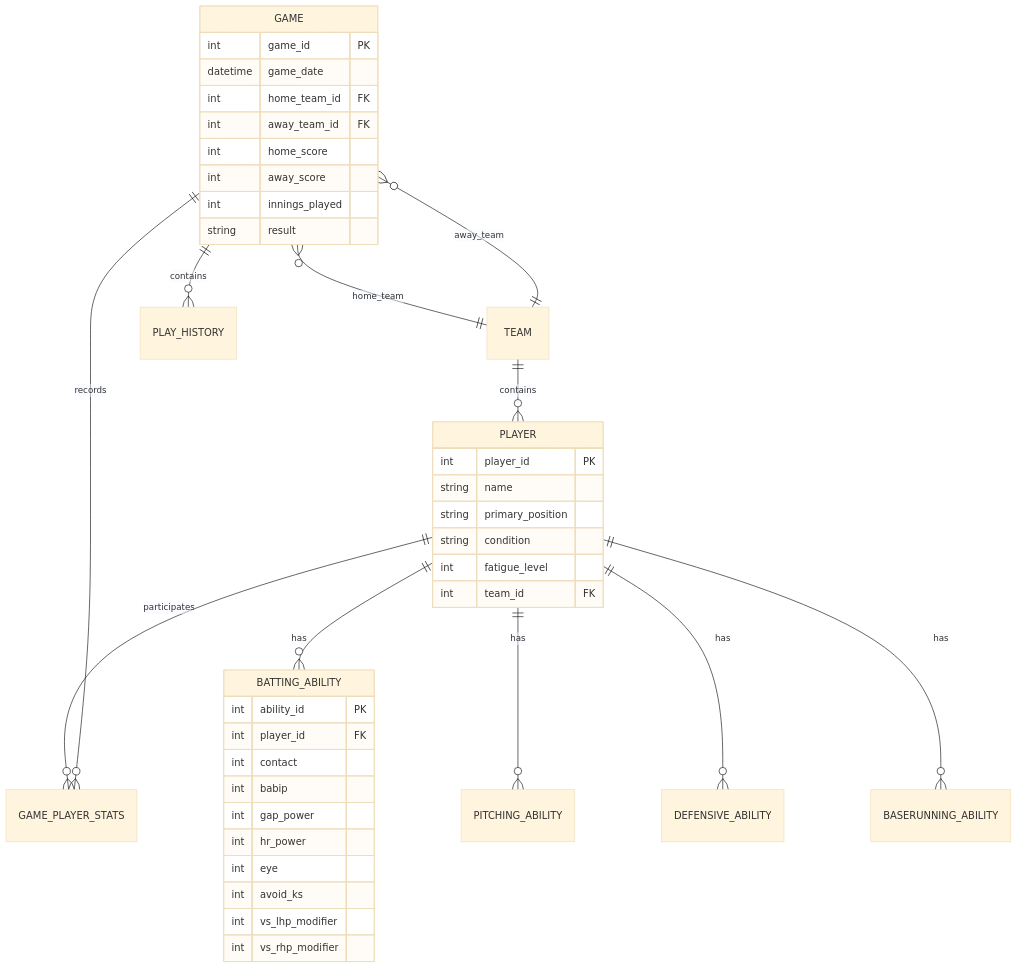
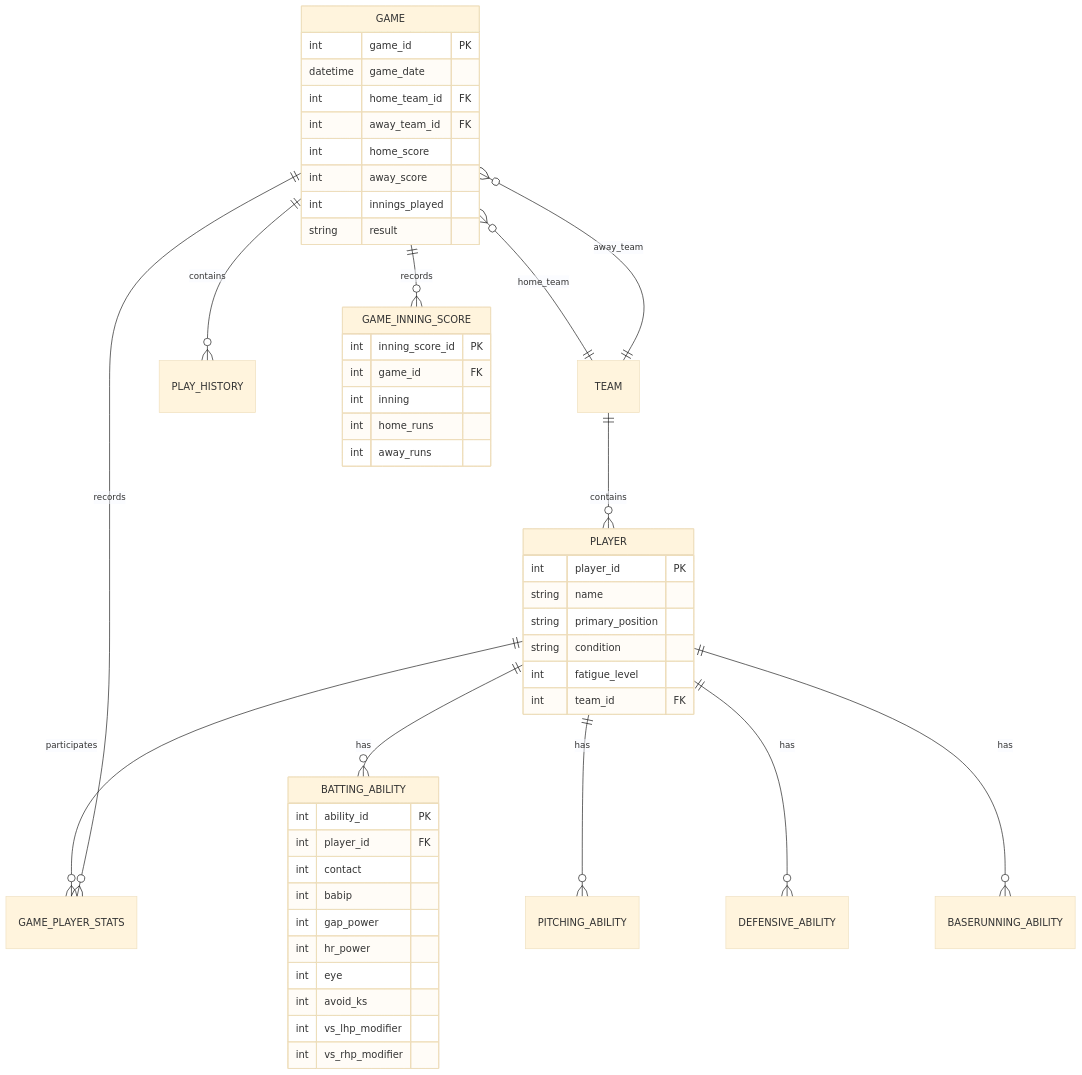
One commit to Sione/noraneko changed the fourth of 4 diagrams in .kiro/specs/text-based-baseball-manager/design.md. Above: the diagram before and after it, drawn with Mermaid (base theme). The commit also changed other lines of this file, not shown here.

````diff
--- a/.kiro/specs/text-based-baseball-manager/design.md
+++ b/.kiro/specs/text-based-baseball-manager/design.md
@@ -1601,48 +2104,57 @@
 ```mermaid
 erDiagram
     PLAYER ||--o{ BATTING_ABILITY : has
     PLAYER ||--o{ PITCHING_ABILITY : has
     PLAYER ||--o{ DEFENSIVE_ABILITY : has
     PLAYER ||--o{ BASERUNNING_ABILITY : has
     PLAYER ||--o{ GAME_PLAYER_STATS : participates
     
     TEAM ||--o{ PLAYER : contains
     
     GAME ||--o{ GAME_PLAYER_STATS : records
     GAME ||--o{ PLAY_HISTORY : contains
+    GAME ||--o{ GAME_INNING_SCORE : records
     GAME }o--|| TEAM : home_team
     GAME }o--|| TEAM : away_team
     
     PLAYER {
         int player_id PK
         string name
         string primary_position
         string condition
         int fatigue_level
         int team_id FK
     }
     
     BATTING_ABILITY {
         int ability_id PK
         int player_id FK
         int contact
         int babip
         int gap_power
         int hr_power
         int eye
         int avoid_ks
         int vs_lhp_modifier
         int vs_rhp_modifier
     }
     
     GAME {
         int game_id PK
         datetime game_date
         int home_team_id FK
         int away_team_id FK
         int home_score
         int away_score
         int innings_played
         string result
     }
+
+    GAME_INNING_SCORE {
+        int inning_score_id PK
+        int game_id FK
+        int inning
+        int home_runs
+        int away_runs
+    }
 ```
````
